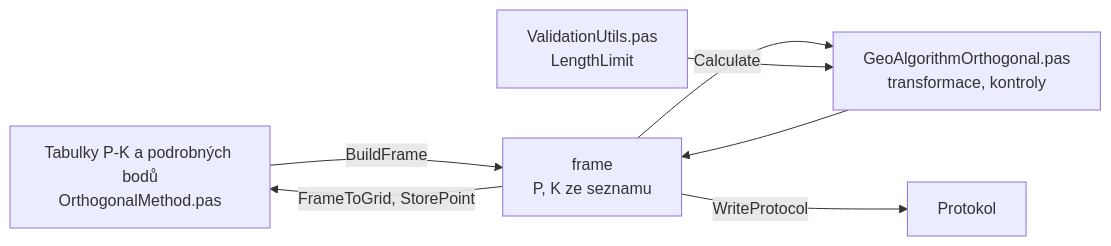
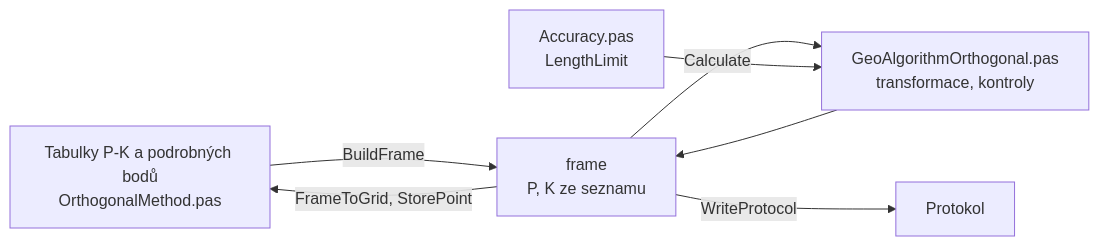
One commit to kovarmi9/GeoSoft changed the diagram in docs/vypocty/ortogonalni-metoda.md. Above: the diagram before and after it, drawn with Mermaid. The commit also changed other lines of this file and 34 other files, not shown here.

````diff
--- a/docs/vypocty/ortogonalni-metoda.md
+++ b/docs/vypocty/ortogonalni-metoda.md
@@ -32,9 +32,9 @@
 ```mermaid
 flowchart LR
   T["Tabulky P-K a podrobných bodů<br>OrthogonalMethod.pas"] -->|BuildFrame| F["frame<br>P, K ze seznamu"]
   F -->|Calculate| A["GeoAlgorithmOrthogonal.pas<br>transformace, kontroly"]
-  V["ValidationUtils.pas<br>LengthLimit"] --> A
+  V["Accuracy.pas<br>LengthLimit"] --> A
   A --> F
   F -->|"FrameToGrid, StorePoint"| T
   F -->|WriteProtocol| P["Protokol"]
 ```
````
